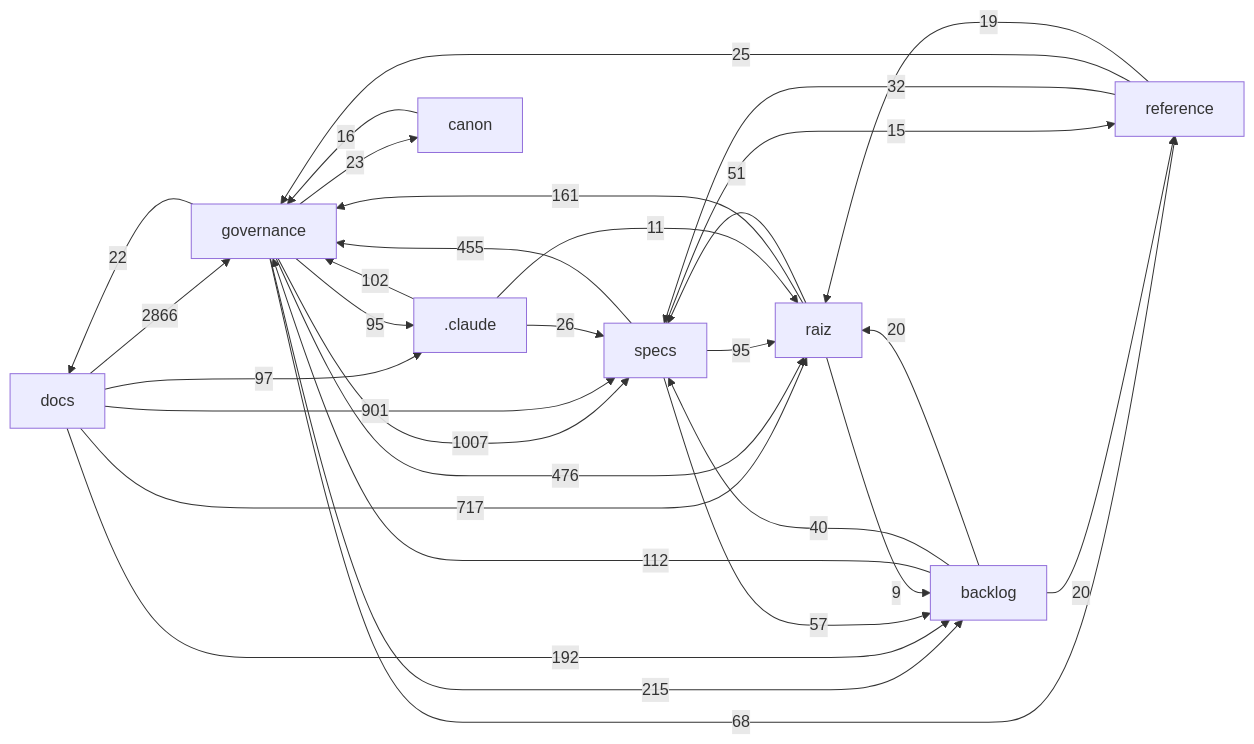
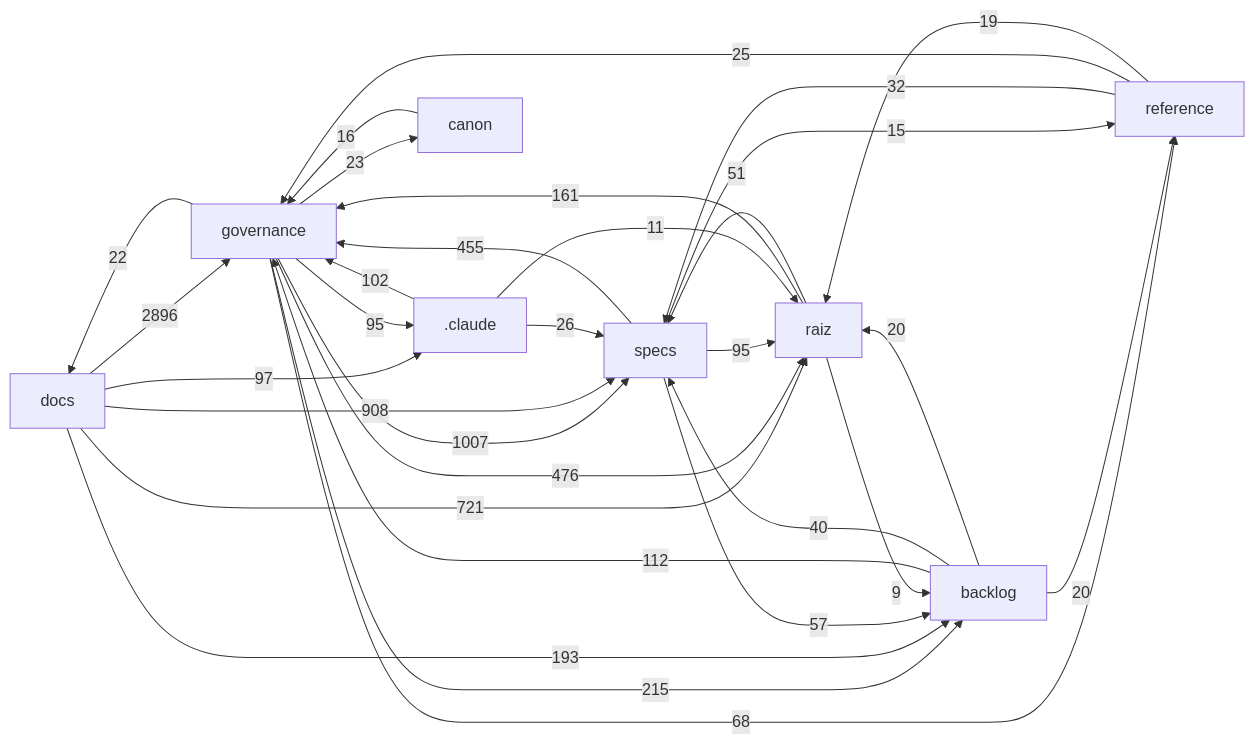
The diagram in docs/mapa/MAPA-PROJETO.md (Andraus35/Sistema-Operacional-de-Trading--SOT), drawn with Mermaid before and after one commit. The commit also changed other lines of this file and 8 other files, not shown here.

````diff
--- a/docs/mapa/MAPA-PROJETO.md
+++ b/docs/mapa/MAPA-PROJETO.md
@@ -29,33 +29,33 @@
 ```mermaid
 flowchart LR
-  docs["docs"] -->|2866| governance["governance"]
+  docs["docs"] -->|2896| governance["governance"]
   governance["governance"] -->|1007| specs["specs"]
-  docs["docs"] -->|901| specs["specs"]
-  docs["docs"] -->|717| raiz["raiz"]
+  docs["docs"] -->|908| specs["specs"]
+  docs["docs"] -->|721| raiz["raiz"]
   governance["governance"] -->|476| raiz["raiz"]
   specs["specs"] -->|455| governance["governance"]
   governance["governance"] -->|215| backlog["backlog"]
-  docs["docs"] -->|192| backlog["backlog"]
+  docs["docs"] -->|193| backlog["backlog"]
   raiz["raiz"] -->|161| governance["governance"]
   backlog["backlog"] -->|112| governance["governance"]
   _claude[".claude"] -->|102| governance["governance"]
   docs["docs"] -->|97| _claude[".claude"]
   governance["governance"] -->|95| _claude[".claude"]
   specs["specs"] -->|95| raiz["raiz"]
   governance["governance"] -->|68| reference["reference"]
   specs["specs"] -->|57| backlog["backlog"]
   raiz["raiz"] -->|51| specs["specs"]
   backlog["backlog"] -->|40| specs["specs"]
   reference["reference"] -->|32| specs["specs"]
   _claude[".claude"] -->|26| specs["specs"]
   reference["reference"] -->|25| governance["governance"]
   governance["governance"] -->|23| canon["canon"]
   governance["governance"] -->|22| docs["docs"]
   backlog["backlog"] -->|20| raiz["raiz"]
   backlog["backlog"] -->|20| reference["reference"]
   reference["reference"] -->|19| raiz["raiz"]
   canon["canon"] -->|16| governance["governance"]
   specs["specs"] -->|15| reference["reference"]
   _claude[".claude"] -->|11| raiz["raiz"]
   raiz["raiz"] -->|9| backlog["backlog"]
 ```
````
